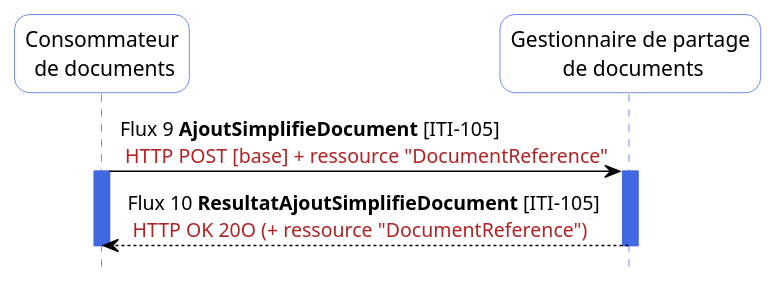
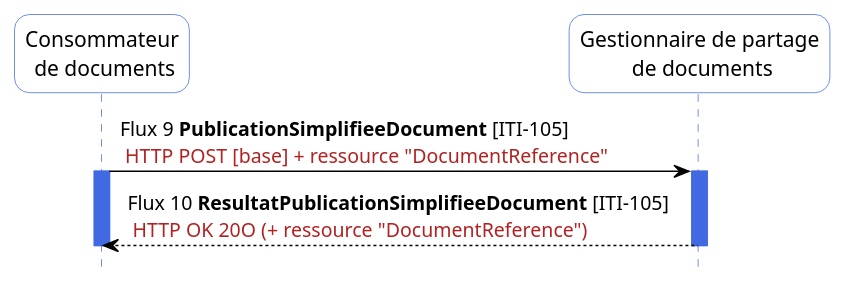
The diagram in input/images-source/PDSm-flux9_10.plantuml (ansforge/IG-fhir-partage-de-documents-de-sante), drawn with PlantUML before and after one commit. The commit also changed 12 other files, not shown here.

```diff
--- a/input/images-source/PDSm-flux9_10.plantuml
+++ b/input/images-source/PDSm-flux9_10.plantuml
@@ -1,27 +1,27 @@
 @startuml
 hide footbox
 
 skinparam sequence {
  arrowColor black
  ParticipantBorderColor RoyalBlue
  ParticipantBackgroundColor white
  LifeLineBorderColor RoyalBlue
  LifeLineBackgroundColor RoyalBlue
  ParticipantFontSize 14
  ParticipantFontName arial
  ParticipantPadding 20
 }
 skinparam  roundcorner 20
 
 
 participant "Consommateur\n de documents" as CONS
 participant "Gestionnaire de partage\n de documents" as INFRA
 
 
-CONS-[#black]> INFRA : Flux 9 **AjoutSimplifieDocument** [ITI-105] \n <color #FireBrick>HTTP POST [base] + ressource "DocumentReference"</color>
+CONS-[#black]> INFRA : Flux 9 **PublicationSimplifieeDocument** [ITI-105] \n <color #FireBrick>HTTP POST [base] + ressource "DocumentReference"</color>
 activate INFRA
 activate CONS
-INFRA-[#black]-> CONS : Flux 10 **ResultatAjoutSimplifieDocument** [ITI-105] \n <color #FireBrick>HTTP OK 20O (+ ressource "DocumentReference")</color>
+INFRA-[#black]-> CONS : Flux 10 **ResultatPublicationSimplifieeDocument** [ITI-105] \n <color #FireBrick>HTTP OK 20O (+ ressource "DocumentReference")</color>
 deactivate CONS
 deactivate INFRA
 @enduml
```
